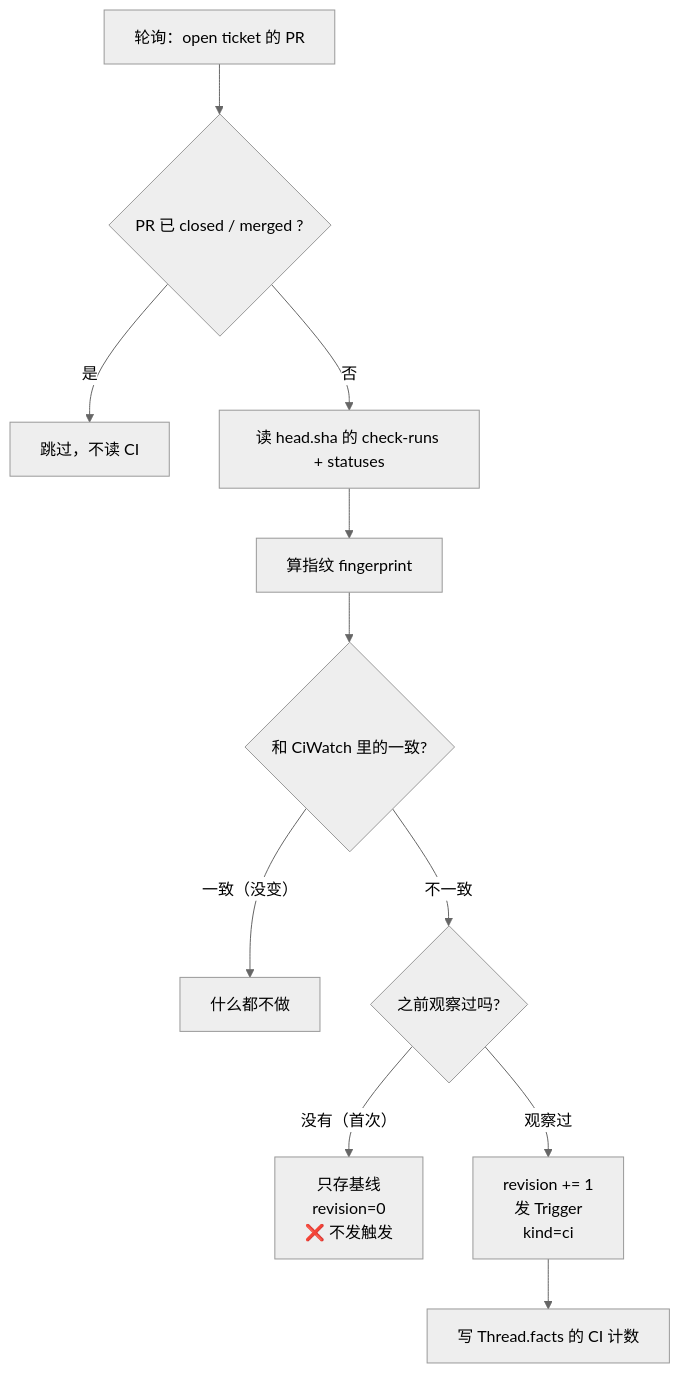
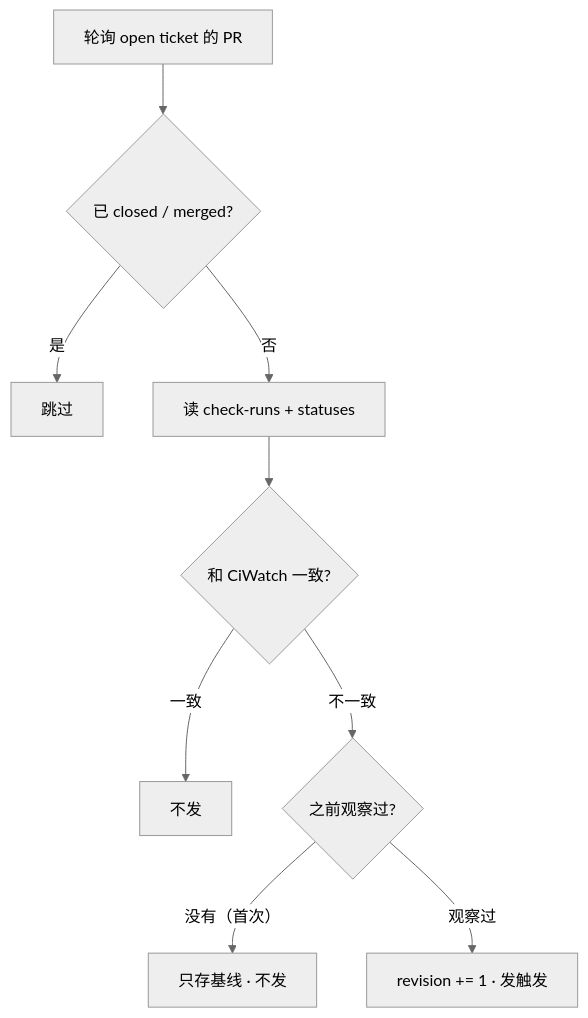
One commit to hairyf/dsh-nexus changed diagram 18 of 21 in docs/flow.md. Above: the diagram before and after it, drawn with Mermaid (neutral theme). The commit also changed other lines of this file and 9 other files, not shown here.

````diff
--- a/docs/flow.md
+++ b/docs/flow.md
@@ -533,13 +503,11 @@
 ```mermaid
 flowchart TD
-    A["轮询：open ticket 的 PR"] --> B{"PR 已 closed / merged ?"}
-    B -->|是| SKIP["跳过，不读 CI"]
-    B -->|否| C["读 head.sha 的 check-runs + statuses"]
-    C --> D["算指纹 fingerprint"]
-    D --> E{"和 CiWatch 里的一致?"}
-    E -->|"一致（没变）"| DONE["什么都不做"]
-    E -->|"不一致"| F{"之前观察过吗?"}
-    F -->|"没有（首次）"| BASE["只存基线<br/>revision=0<br/>❌ 不发触发"]
-    F -->|"观察过"| G["revision += 1<br/>发 Trigger<br/>kind=ci"]
-    G --> H["写 Thread.facts 的 CI 计数"]
+    A["轮询 open ticket 的 PR"] --> B{"已 closed / merged?"}
+    B -->|是| SKIP["跳过"]
+    B -->|否| C["读 check-runs + statuses"]
+    C --> D{"和 CiWatch 一致?"}
+    D -->|一致| DONE["不发"]
+    D -->|不一致| F{"之前观察过?"}
+    F -->|"没有（首次）"| BASE["只存基线 · 不发"]
+    F -->|观察过| G["revision += 1 · 发触发"]
 ```
````
